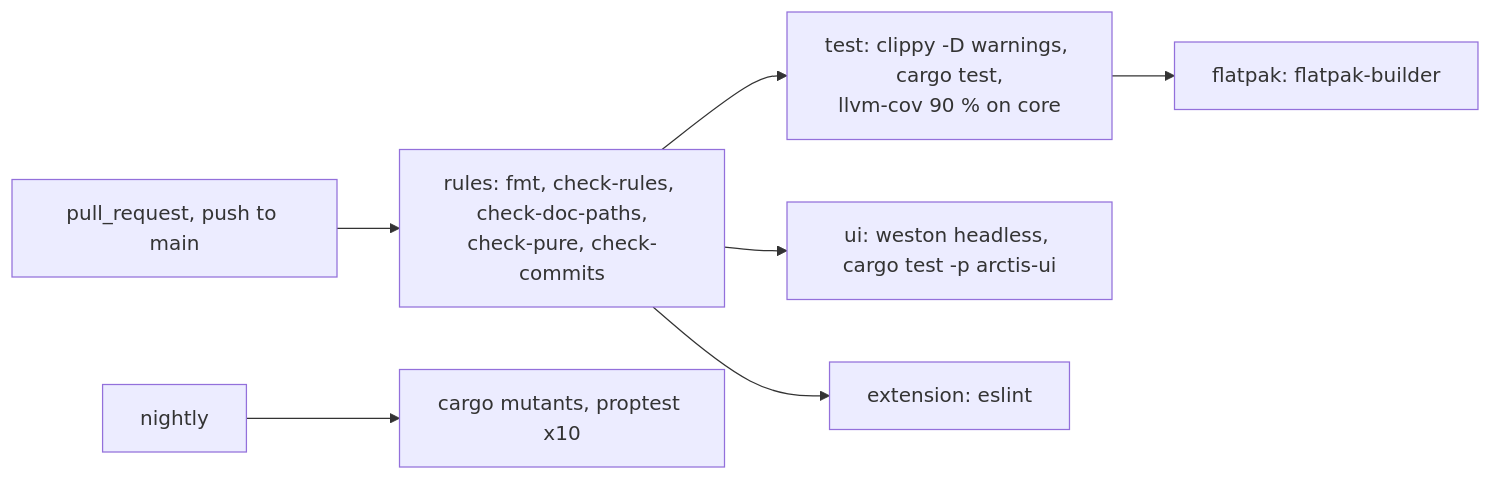
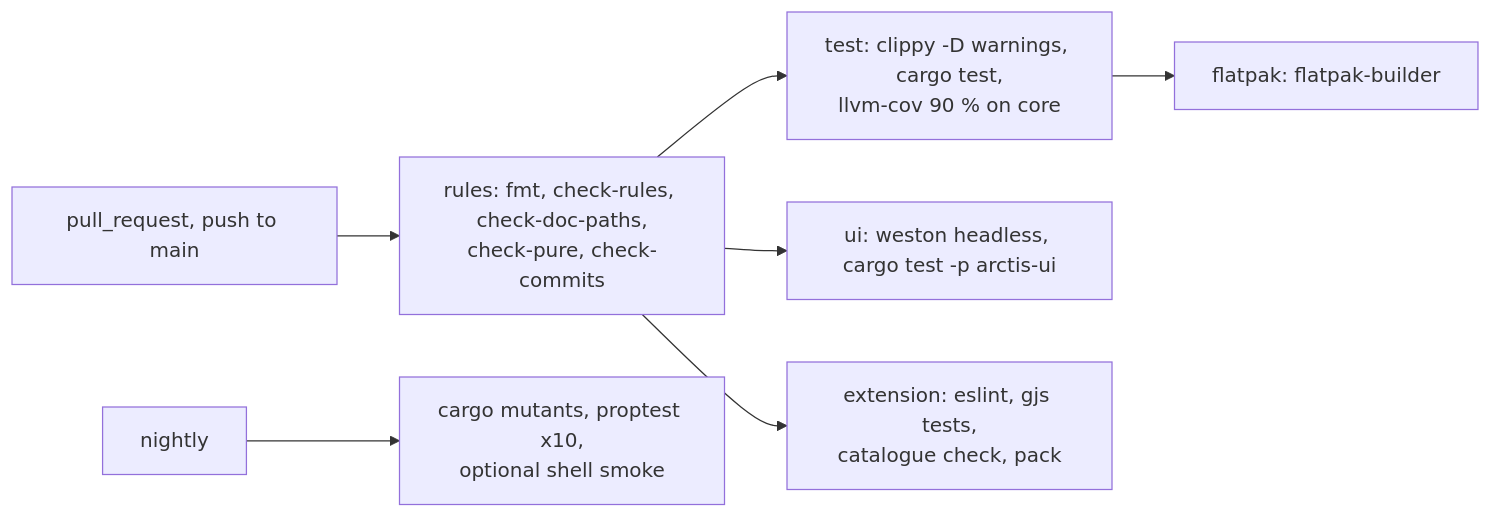
Before and after one commit to marcelogm/arctis-companion: the fourth of 4 diagrams in docs/architecture/README.md, drawn with Mermaid. The commit also changed other lines of this file and 1 other file, not shown here.

Commit message:
docs(architecture): add the shell extension page

````diff
--- a/docs/architecture/README.md
+++ b/docs/architecture/README.md
@@ -82,9 +83,9 @@
 ```mermaid
 flowchart LR
     PR["pull_request, push to main"] --> R["rules: fmt, check-rules, check-doc-paths,<br/>check-pure, check-commits"]
     R --> T["test: clippy -D warnings, cargo test,<br/>llvm-cov 90 % on core"]
     R --> G["ui: weston headless, cargo test -p arctis-ui"]
-    R --> X["extension: eslint"]
+    R --> X["extension: eslint, gjs tests,<br/>catalogue check, pack"]
     T --> F["flatpak: flatpak-builder"]
-    N["nightly"] --> M["cargo mutants, proptest x10"]
+    N["nightly"] --> M["cargo mutants, proptest x10,<br/>optional shell smoke"]
 ```
````
